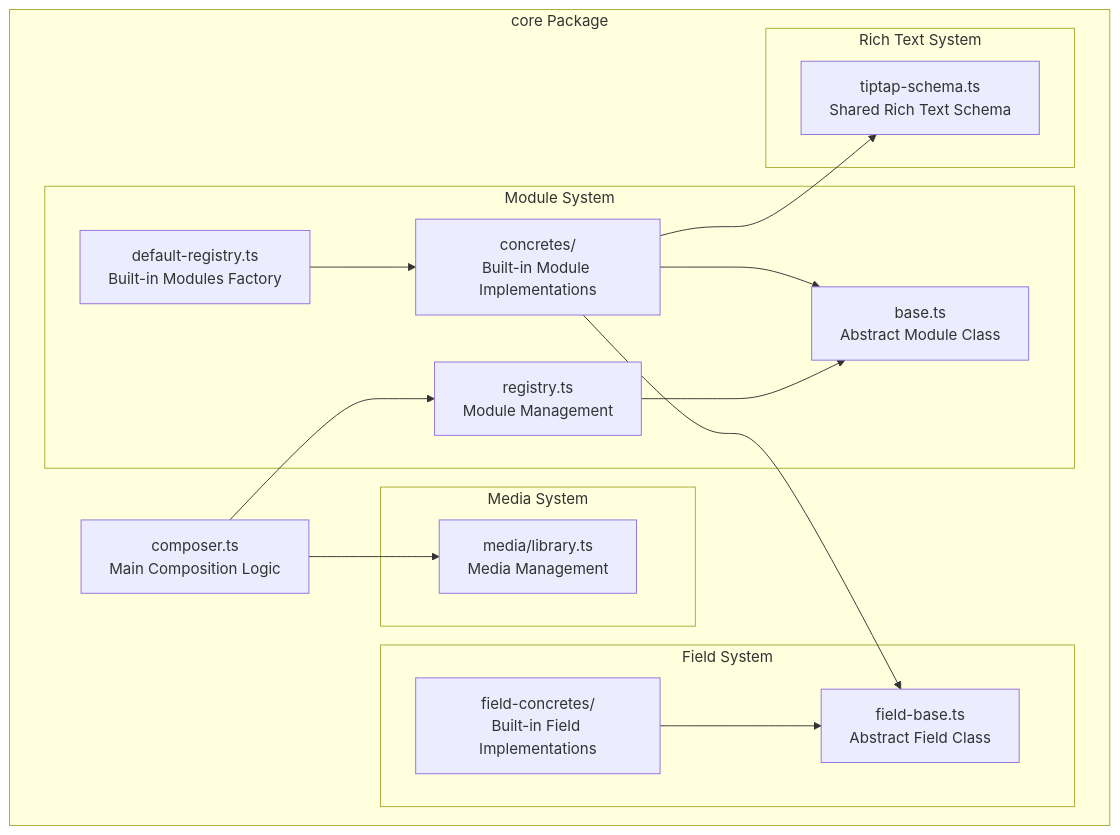
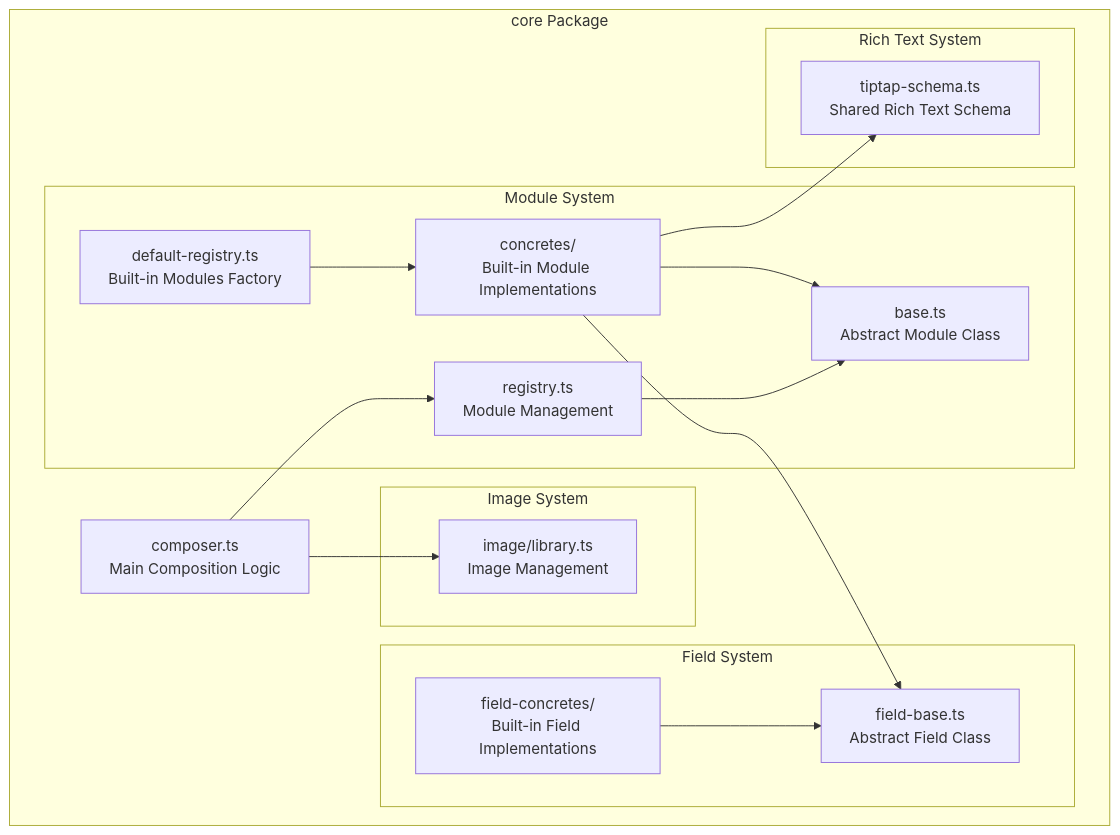
Before and after one commit to mainzcript/ujl: the third of 9 diagrams in apps/docs/src/arc42/05-building-block-view.md, drawn with Mermaid. The commit also changed other lines of this file and 11 other files, not shown here.

Commit message:
refactor: rename media terminology to image across documentation and update related configurations

````diff
--- a/apps/docs/src/arc42/05-building-block-view.md
+++ b/apps/docs/src/arc42/05-building-block-view.md
@@ -295,35 +281,35 @@
 ```mermaid
 graph TB
     subgraph "core Package"
         Composer[composer.ts<br/>Main Composition Logic]
 
         subgraph "Module System"
             ModuleRegistry[registry.ts<br/>Module Management]
             ModuleBase[base.ts<br/>Abstract Module Class]
             DefaultRegistry[default-registry.ts<br/>Built-in Modules Factory]
             ModuleConcretes[concretes/<br/>Built-in Module Implementations]
         end
 
         subgraph "Field System"
             FieldBase[field-base.ts<br/>Abstract Field Class]
             FieldConcretes[field-concretes/<br/>Built-in Field Implementations]
         end
 
-        subgraph "Media System"
-            MediaLibrary[media/library.ts<br/>Media Management]
+        subgraph "Image System"
+            ImageLibrary[image/library.ts<br/>Image Management]
         end
 
         subgraph "Rich Text System"
             TipTapSchema[tiptap-schema.ts<br/>Shared Rich Text Schema]
         end
     end
 
     Composer --> ModuleRegistry
-    Composer --> MediaLibrary
+    Composer --> ImageLibrary
     ModuleRegistry --> ModuleBase
     DefaultRegistry --> ModuleConcretes
     ModuleConcretes --> ModuleBase
     ModuleConcretes --> FieldBase
     FieldConcretes --> FieldBase
     ModuleConcretes --> TipTapSchema
 ```
````
